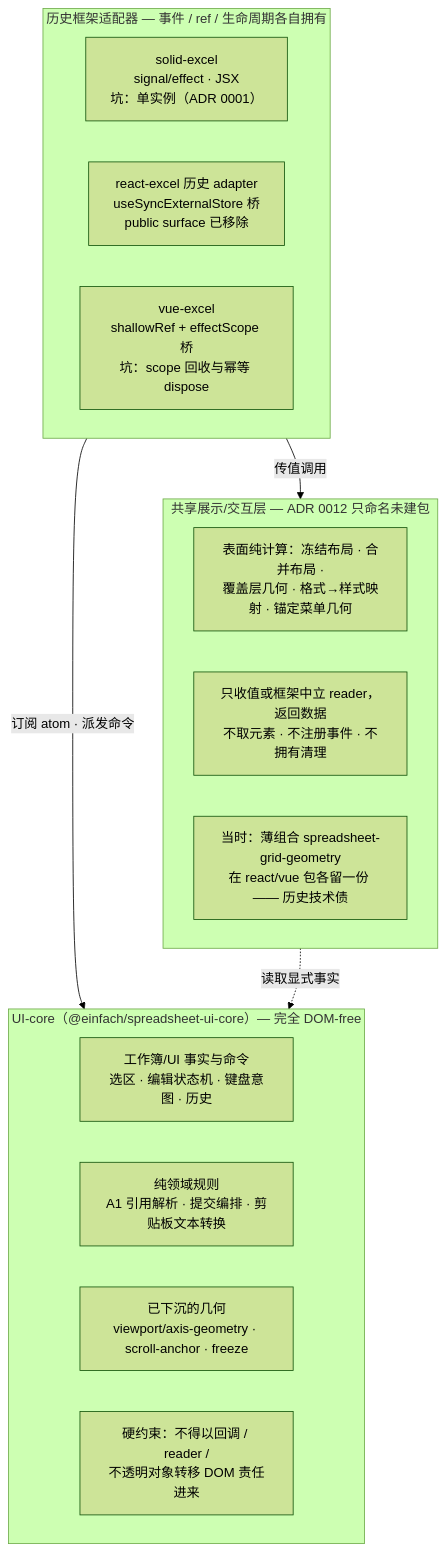
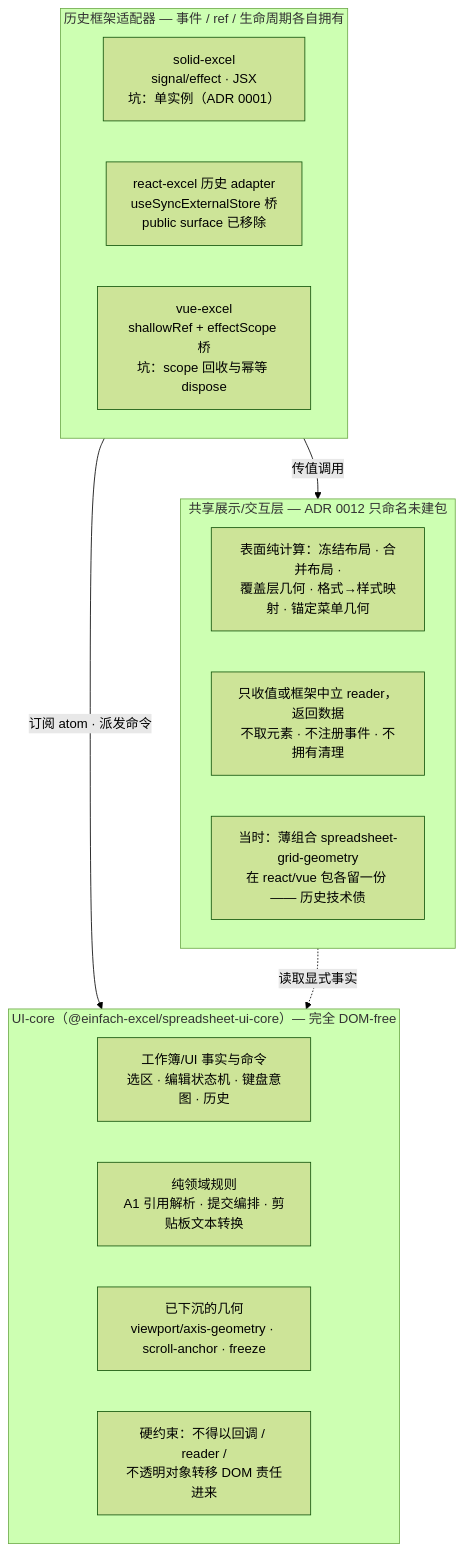
One commit to allroad88888888/einfach-excel changed the second of 5 diagrams in docs/content/article5-diagrams.md. Above: the diagram before and after it, drawn with Mermaid (forest theme). The commit also changed 981 other files, not shown here.

First line of the commit message:
refactor!: move repo packages to the @einfach-excel npm scope

````diff
--- a/docs/content/article5-diagrams.md
+++ b/docs/content/article5-diagrams.md
@@ -20,25 +20,25 @@
 ```mermaid
 flowchart TB
-    subgraph L1["UI-core（@einfach/spreadsheet-ui-core）— 完全 DOM-free"]
+    subgraph L1["UI-core（@einfach-excel/spreadsheet-ui-core）— 完全 DOM-free"]
         F1[工作簿/UI 事实与命令<br/>选区 · 编辑状态机 · 键盘意图 · 历史]
         F2[纯领域规则<br/>A1 引用解析 · 提交编排 · 剪贴板文本转换]
         F3[已下沉的几何<br/>viewport/axis-geometry · scroll-anchor · freeze]
         NOTE1[硬约束：不得以回调 / reader /<br/>不透明对象转移 DOM 责任进来]
     end
 
     subgraph L2["共享展示/交互层 — ADR 0012 只命名未建包"]
         S1[表面纯计算：冻结布局 · 合并布局 ·<br/>覆盖层几何 · 格式→样式映射 · 锚定菜单几何]
         S2[只收值或框架中立 reader，返回数据<br/>不取元素 · 不注册事件 · 不拥有清理]
         S3[当时：薄组合 spreadsheet-grid-geometry<br/>在 react/vue 包各留一份 —— 历史技术债]
     end
 
     subgraph L3["历史框架适配器 — 事件 / ref / 生命周期各自拥有"]
         SOLID[solid-excel<br/>signal/effect · JSX<br/>坑：单实例（ADR 0001）]
         REACT[react-excel 历史 adapter<br/>useSyncExternalStore 桥<br/>public surface 已移除]
         VUE[vue-excel<br/>shallowRef + effectScope 桥<br/>坑：scope 回收与幂等 dispose]
     end
 
     L3 -->|订阅 atom · 派发命令| L1
     L3 -->|传值调用| L2
     L2 -.->|读取显式事实| L1
 ```
````
